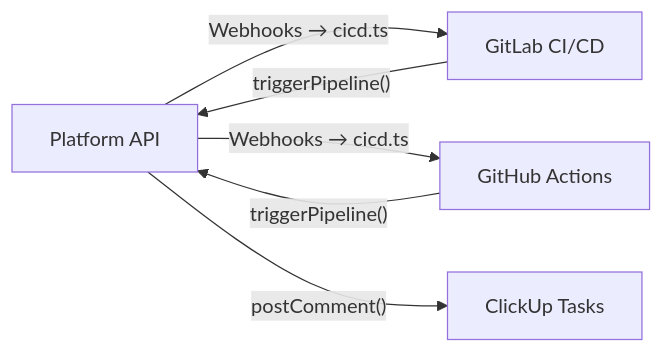
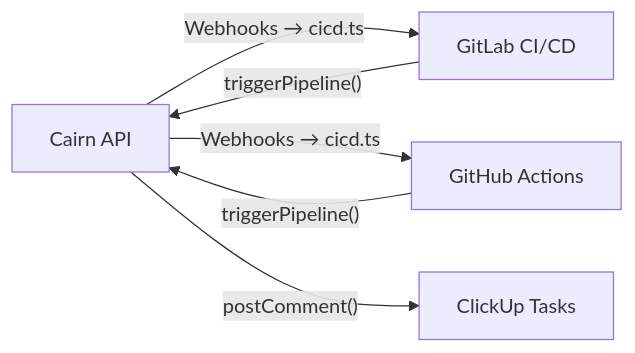
One commit to Mpratyush54/server-automation changed the fourth of 4 diagrams in docs/architecture/overview.md. Above: the diagram before and after it, drawn with Mermaid. The commit also changed other lines of this file and 81 other files, not shown here.

````diff
--- a/docs/architecture/overview.md
+++ b/docs/architecture/overview.md
@@ -202,12 +202,12 @@
 ```mermaid
 graph LR
-    API["Platform API"]
+    API["Cairn API"]
     GitLab["GitLab CI/CD"]
     GitHub["GitHub Actions"]
     ClickUp["ClickUp Tasks"]
     API -- "Webhooks → cicd.ts" --> GitLab
     API -- "Webhooks → cicd.ts" --> GitHub
     API -- "postComment()" --> ClickUp
     GitLab -- "triggerPipeline()" --> API
     GitHub -- "triggerPipeline()" --> API
 ```
````
